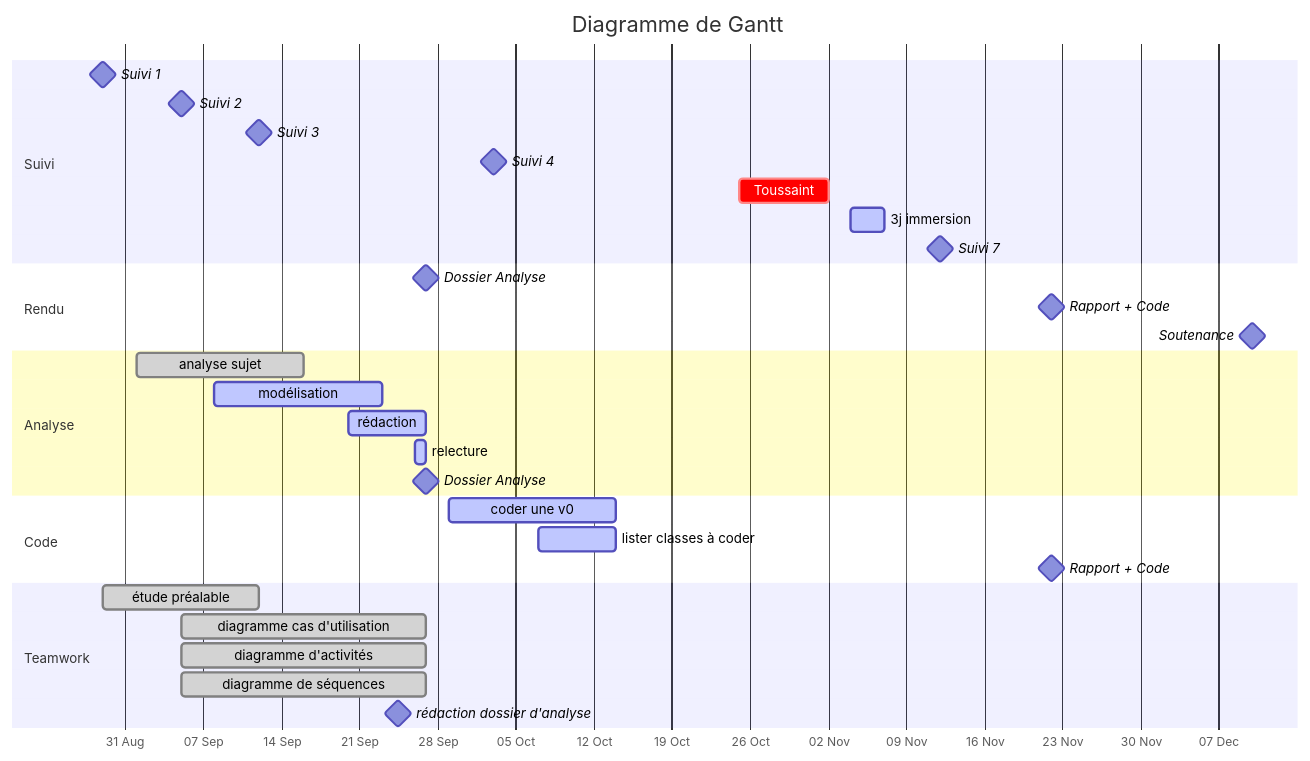
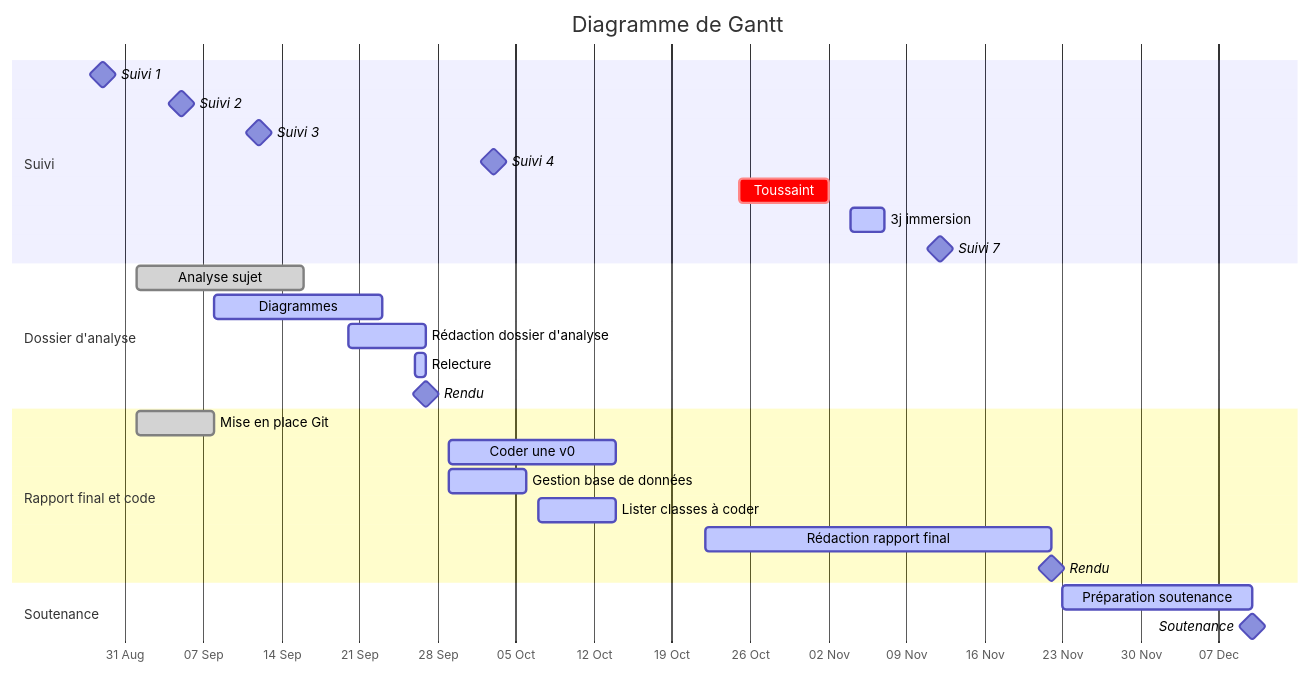
One commit to bbrunel/ENSAI-2A-projet-info changed the first of 2 diagrams in doc/diag_gantt.md. Above: the diagram before and after it, drawn with Mermaid.

Commit message:
Gantt structure définitive (?)

````diff
--- a/doc/diag_gantt.md
+++ b/doc/diag_gantt.md
@@ -2,47 +2,37 @@
 ```mermaid
 gantt
     %% doc : https://mermaid-js.github.io/mermaid/#/./gantt
     dateFormat  YYYY-MM-DD
     axisFormat  %d %b
     title       Diagramme de Gantt
     %%excludes  YYYY-MM-DD and/or sunday and/or weekends 
      
     section Suivi
     Suivi 1                      :milestone, 2025-08-29,
     Suivi 2                      :milestone, 2025-09-05,
     Suivi 3                      :milestone, 2025-09-12,
     Suivi 4                      :milestone, 2025-10-03,
     Toussaint                    :crit,    2025-10-25, 2025-11-02
     3j immersion                 :active,    2025-11-04, 3d
     Suivi 7                      :milestone, 2025-11-17
+
+    section Dossier d'analyse
+    Analyse sujet                :done,      2025-09-01, 15d
+    Diagrammes                   :active,    2025-09-08, 15d
+    Rédaction dossier d'analyse  :active,    2025-09-20, 2025-09-27
+    Relecture                    :active,    2025-09-26, 2025-09-27
+    Rendu                        :milestone, 2025-09-27,
     
-    section Rendu
-    Dossier Analyse              :milestone, 2025-09-27,
-    Rapport + Code               :milestone, 2025-11-22,
+    section Rapport final et code
+    Mise en place Git            :done,      2025-09-01, 7d
+    Coder une v0                 :active,    2025-09-29, 15d
+    Gestion base de données      :active,    2025-09-29, 7d
+    Lister classes à coder       :active,    2025-10-07, 7d
+    Rédaction rapport final      :active,    2025-10-22, 2025-11-22
+    Rendu                         :milestone, 2025-11-22,
+
+    section Soutenance
+    Préparation soutenance       :active,    2025-11-23, 2025-12-10
     Soutenance                   :milestone, 2025-12-10,
-    
-    section Vac
-    
-    section Analyse
-    analyse sujet                :done,      2025-09-01, 15d
-    modélisation                 :active,    2025-09-08, 15d
-    rédaction                    :active,    2025-09-20, 2025-09-27
-    relecture                    :active,    2025-09-26, 2025-09-27
-    Dossier Analyse              :milestone, 2025-09-27,
-    
-    
-    section Code
-    coder une v0                 :active,    2025-09-29, 15d
-    lister classes à coder       :active,    2025-10-07, 7d
-    Rapport + Code               :milestone, 2025-11-22,
 
-    section Teamwork
-    étude préalable              :done,      2025-08-29, 14d
-    diagramme cas d'utilisation  :done,      2025-09-05, 2025-09-27
-    diagramme d'activités        :done,      2025-09-05, 2025-09-27
-    diagramme de séquences       :done,      2025-09-05, 2025-09-27
-    rédaction dossier d'analyse  :milestone, 2025-09-22, 2025-09-27
-    
-
-    %%Stats univariées retraités   :done,         2021-11-28, 3d
 ```
````
